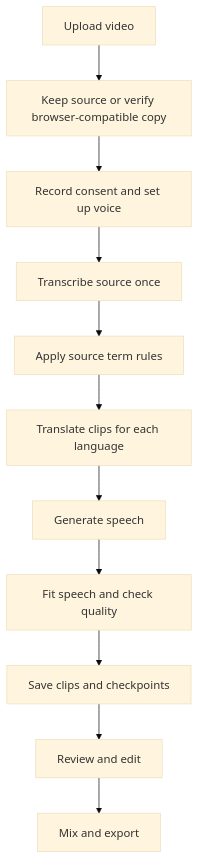
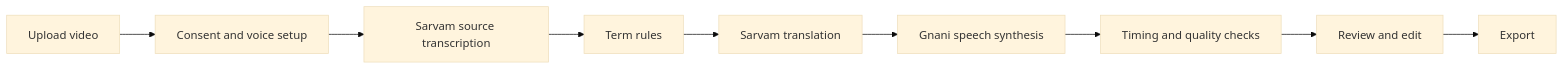
The diagram in README.md (Aarti-panchal01/anek), drawn with Mermaid (base theme) before and after one commit. The commit also changed other lines of this file, not shown here.

````diff
--- a/README.md
+++ b/README.md
@@ -61,13 +24,11 @@
 ```mermaid
-flowchart TD
-    A[Upload video] --> B[Keep source or verify browser-compatible copy]
-    B --> C[Record consent and set up voice]
-    C --> D[Transcribe source once]
-    D --> E[Apply source term rules]
-    E --> F[Translate clips for each language]
-    F --> G[Generate speech]
-    G --> H[Fit speech and check quality]
-    H --> I[Save clips and checkpoints]
-    I --> J[Review and edit]
-    J --> K[Mix and export]
+flowchart LR
+    A[Upload video] --> B[Consent and voice setup]
+    B --> C[Sarvam source transcription]
+    C --> D[Term rules]
+    D --> E[Sarvam translation]
+    E --> F[Gnani speech synthesis]
+    F --> G[Timing and quality checks]
+    G --> H[Review and edit]
+    H --> I[Export]
 ```
````
